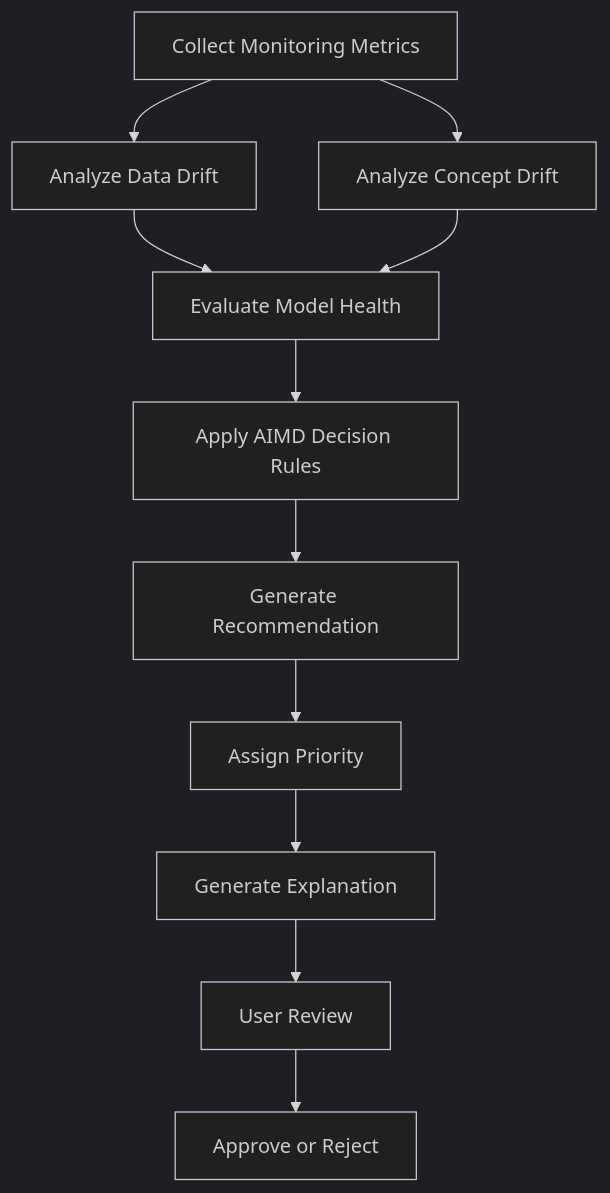
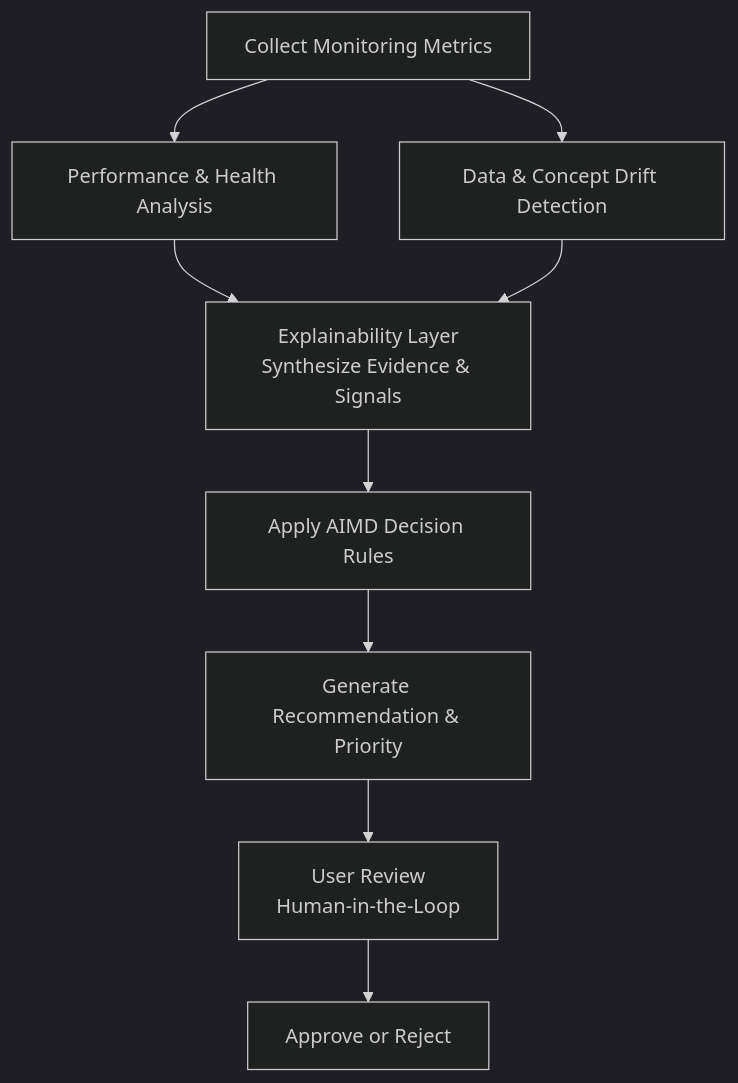
One commit to shailendrasinghrathore369/PhoenixML changed the third of 3 diagrams in docs/02-decision-engine.md. Above: the diagram before and after it, drawn with Mermaid (dark theme). The commit also changed other lines of this file and 3 other files, not shown here.

Commit message:
feat(monitoring): add explainability layer

````diff
--- a/docs/02-decision-engine.md
+++ b/docs/02-decision-engine.md
@@ -333,43 +333,35 @@
 ```mermaid
 flowchart TD
 
 A[Collect Monitoring Metrics]
 
-B[Analyze Data Drift]
+B[Performance & Health Analysis]
 
-C[Analyze Concept Drift]
+C[Data & Concept Drift Detection]
 
-D[Evaluate Model Health]
+D[Explainability Layer<br/>Synthesize Evidence & Signals]
 
 E[Apply AIMD Decision Rules]
 
-F[Generate Recommendation]
+F[Generate Recommendation & Priority]
 
-G[Assign Priority]
+G[User Review<br/>Human-in-the-Loop]
 
-H[Generate Explanation]
-
-I[User Review]
-
-J[Approve or Reject]
+H[Approve or Reject]
 
 A --> B
 
 A --> C
 
 B --> D
 
 C --> D
 
 D --> E
 
 E --> F
 
 F --> G
 
 G --> H
-
-H --> I
-
-I --> J
 ```
````
